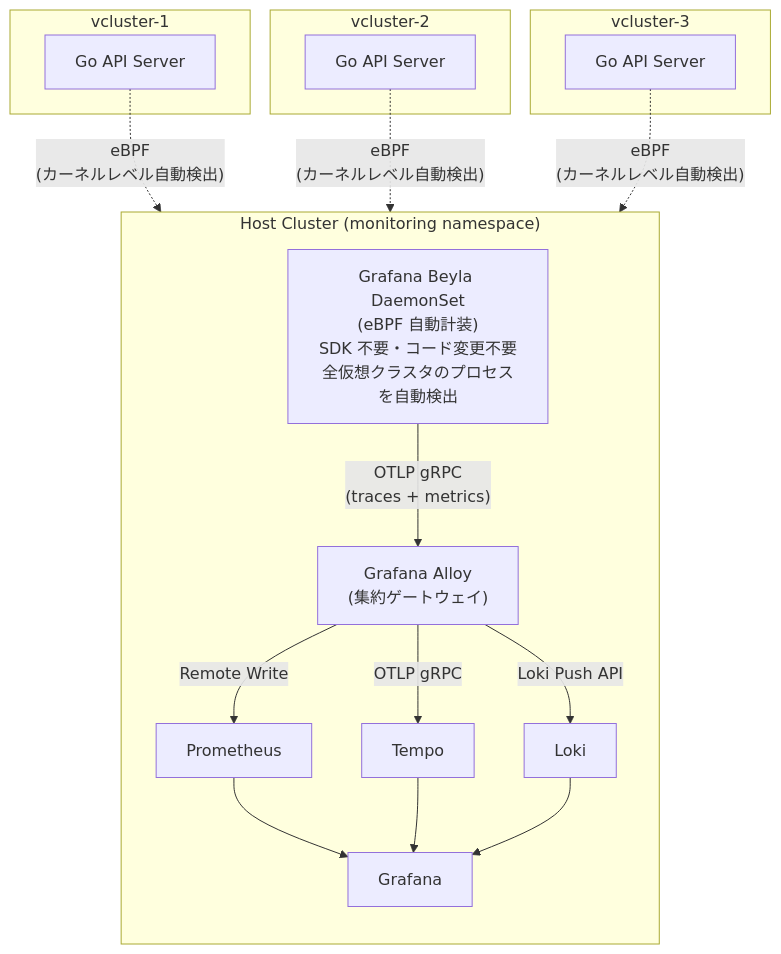
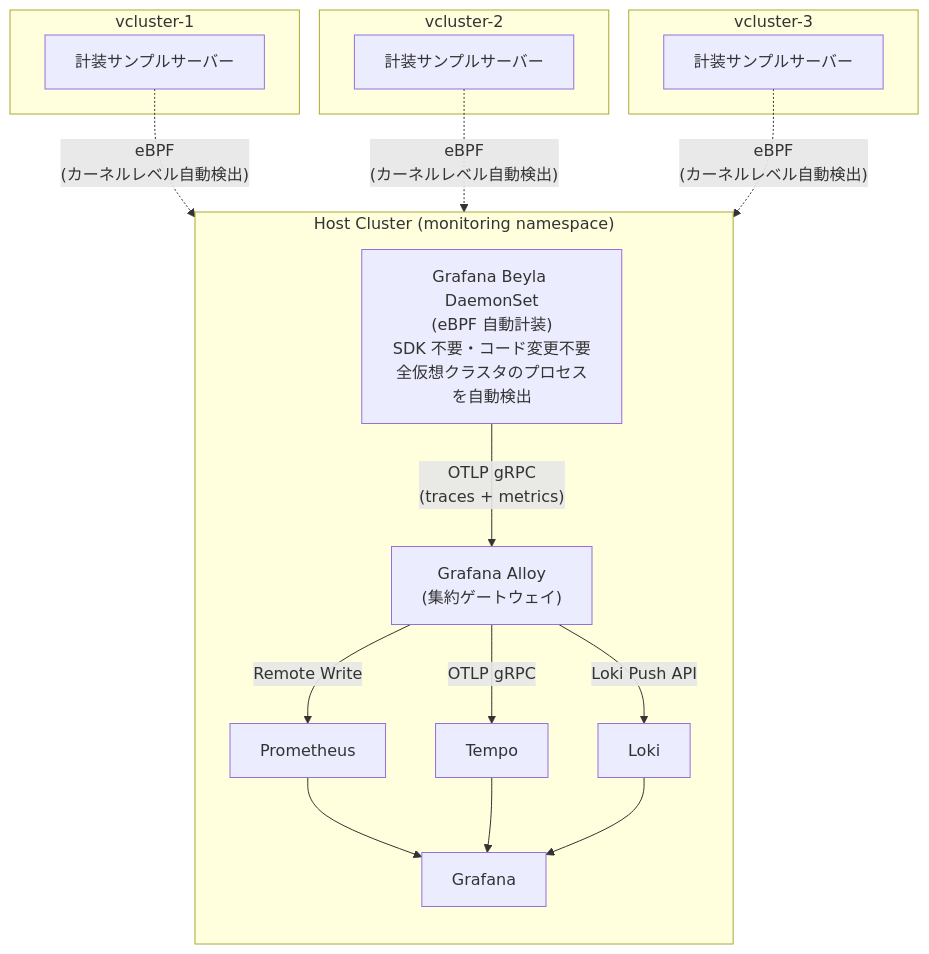
One commit to cyokozai/vcluster-o11y changed the second of 2 diagrams in README.md. Above: the diagram before and after it, drawn with Mermaid. The commit also changed other lines of this file and 17 other files, not shown here.

````diff
--- a/README.md
+++ b/README.md
@@ -41,34 +41,34 @@
 ```mermaid
 flowchart TB
   subgraph vc1["vcluster-1"]
-    app1["Go API Server"]
+    app1["計装サンプルサーバー"]
   end
 
   subgraph vc2["vcluster-2"]
-    app2["Go API Server"]
+    app2["計装サンプルサーバー"]
   end
 
   subgraph vc3["vcluster-3"]
-    app3["Go API Server"]
+    app3["計装サンプルサーバー"]
   end
 
   subgraph host["Host Cluster (monitoring namespace)"]
     direction TB
     beyla["Grafana Beyla DaemonSet\n(eBPF 自動計装)\nSDK 不要・コード変更不要\n全仮想クラスタのプロセスを自動検出"]
     alloy["Grafana Alloy\n(集約ゲートウェイ)"]
     prometheus["Prometheus"]
     tempo["Tempo"]
     loki["Loki"]
     grafana["Grafana"]
 
     beyla -->|"OTLP gRPC\n(traces + metrics)"| alloy
     alloy -->|"Remote Write"| prometheus
     alloy -->|"OTLP gRPC"| tempo
     alloy -->|"Loki Push API"| loki
     prometheus & tempo & loki --> grafana
   end
 
   app1 -. "eBPF\n(カーネルレベル自動検出)" .-> beyla
   app2 -. "eBPF\n(カーネルレベル自動検出)" .-> beyla
   app3 -. "eBPF\n(カーネルレベル自動検出)" .-> beyla
 ```
````
